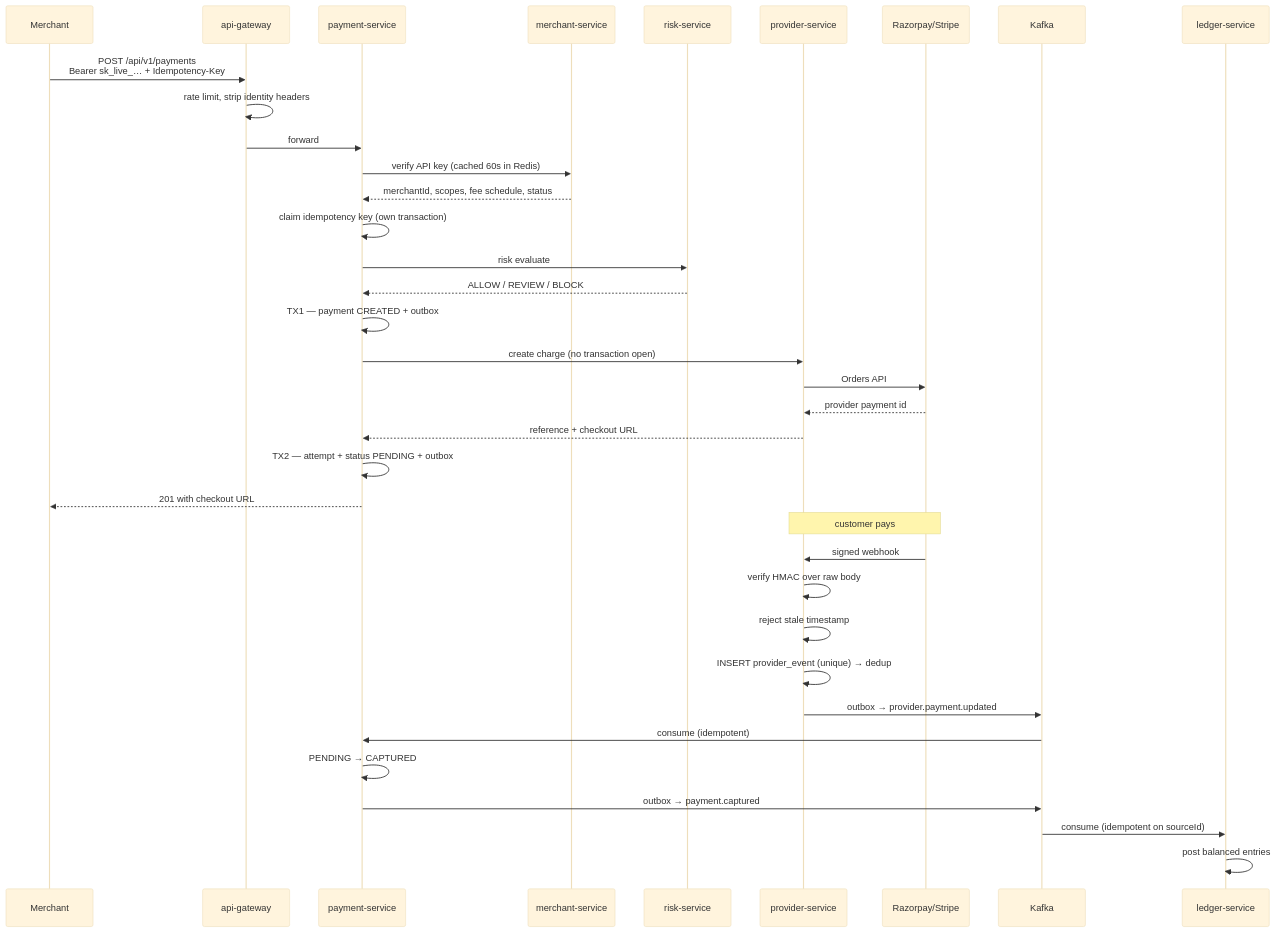
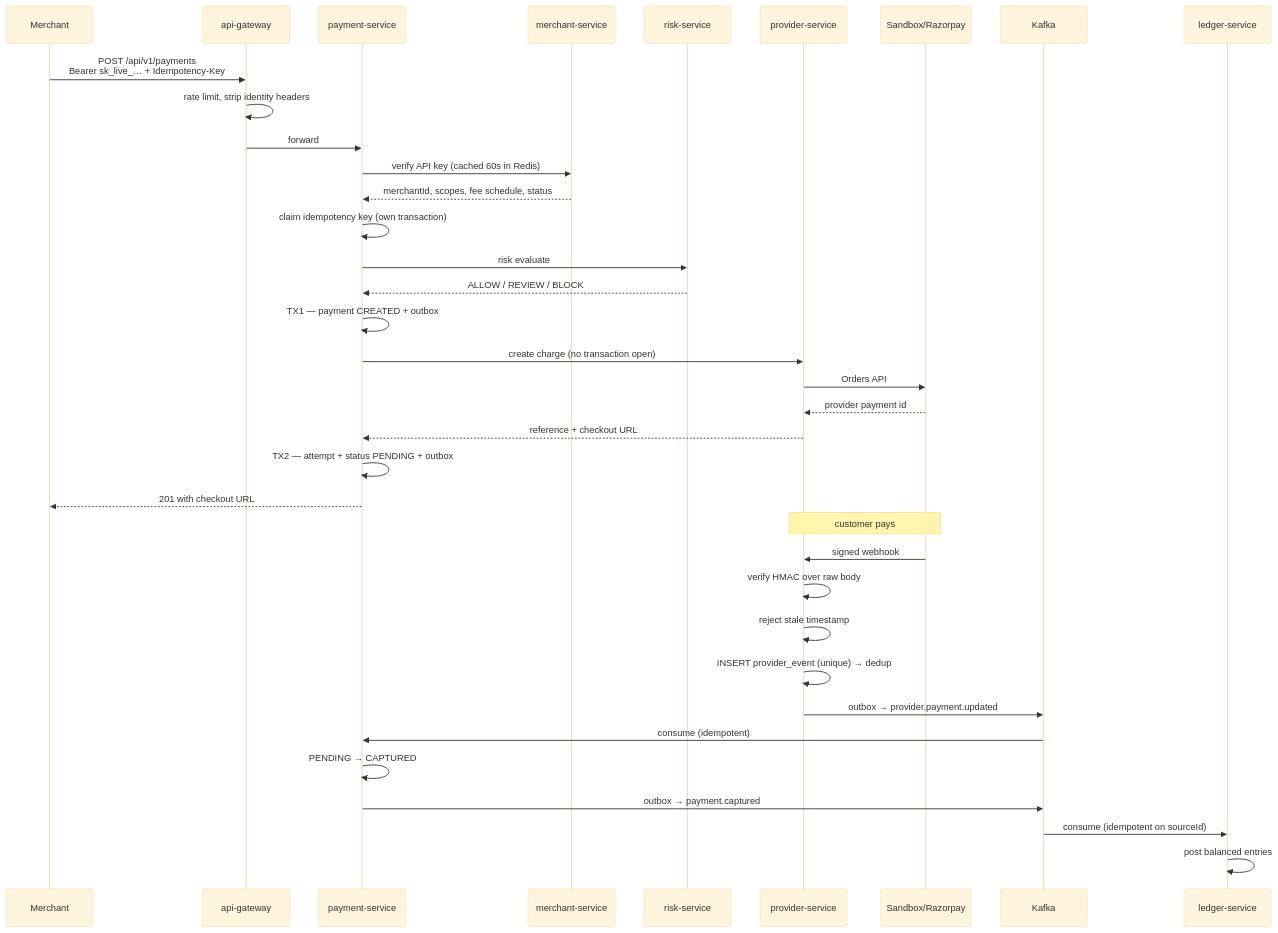
The second of 3 diagrams in README.md (firoz1860/payflow), drawn with Mermaid (base theme) before and after one commit. The commit also changed other lines of this file and 61 other files, not shown here.

````diff
--- a/README.md
+++ b/README.md
@@ -230,40 +236,40 @@
 ```mermaid
 sequenceDiagram
     participant M as Merchant
     participant G as api-gateway
     participant P as payment-service
     participant MS as merchant-service
     participant R as risk-service
     participant PR as provider-service
-    participant X as Razorpay/Stripe
+    participant X as Sandbox/Razorpay
     participant K as Kafka
     participant L as ledger-service
 
     M->>G: POST /api/v1/payments<br/>Bearer sk_live_… + Idempotency-Key
     G->>G: rate limit, strip identity headers
     G->>P: forward
     P->>MS: verify API key (cached 60s in Redis)
     MS-->>P: merchantId, scopes, fee schedule, status
     P->>P: claim idempotency key (own transaction)
     P->>R: risk evaluate
     R-->>P: ALLOW / REVIEW / BLOCK
     P->>P: TX1 — payment CREATED + outbox
     P->>PR: create charge (no transaction open)
     PR->>X: Orders API
     X-->>PR: provider payment id
     PR-->>P: reference + checkout URL
     P->>P: TX2 — attempt + status PENDING + outbox
     P-->>M: 201 with checkout URL
 
     Note over X,PR: customer pays
     X->>PR: signed webhook
     PR->>PR: verify HMAC over raw body
     PR->>PR: reject stale timestamp
     PR->>PR: INSERT provider_event (unique) → dedup
     PR->>K: outbox → provider.payment.updated
     K->>P: consume (idempotent)
     P->>P: PENDING → CAPTURED
     P->>K: outbox → payment.captured
     K->>L: consume (idempotent on sourceId)
     L->>L: post balanced entries
 ```
````
